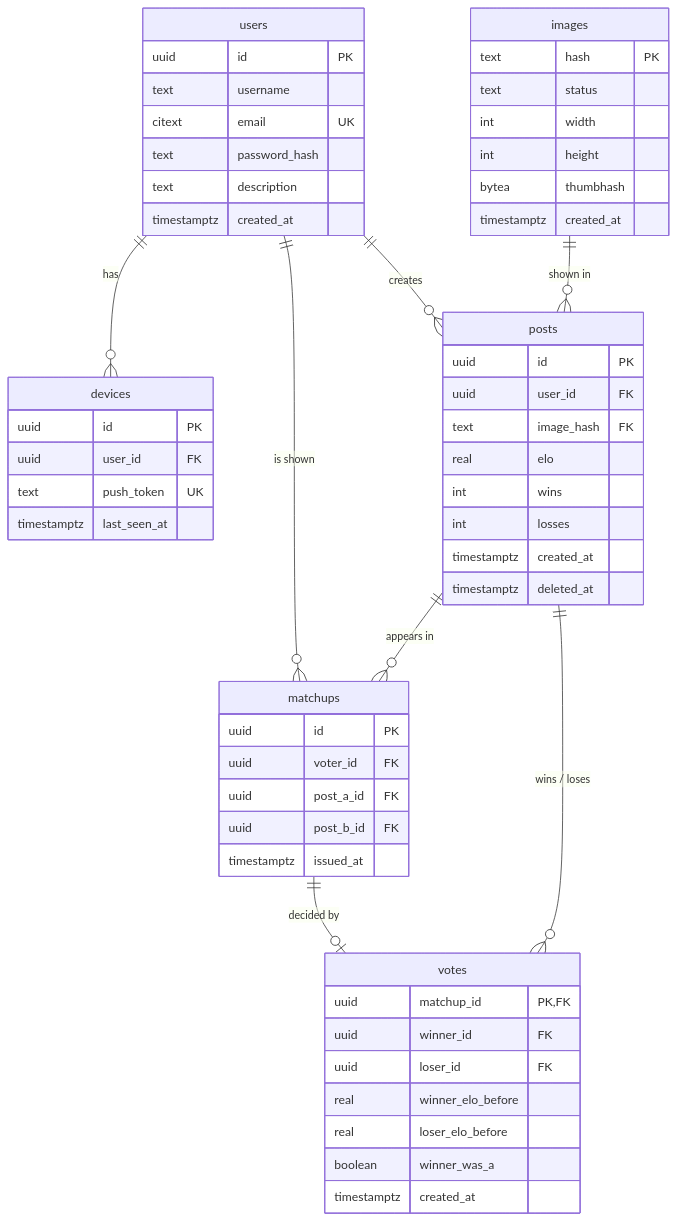
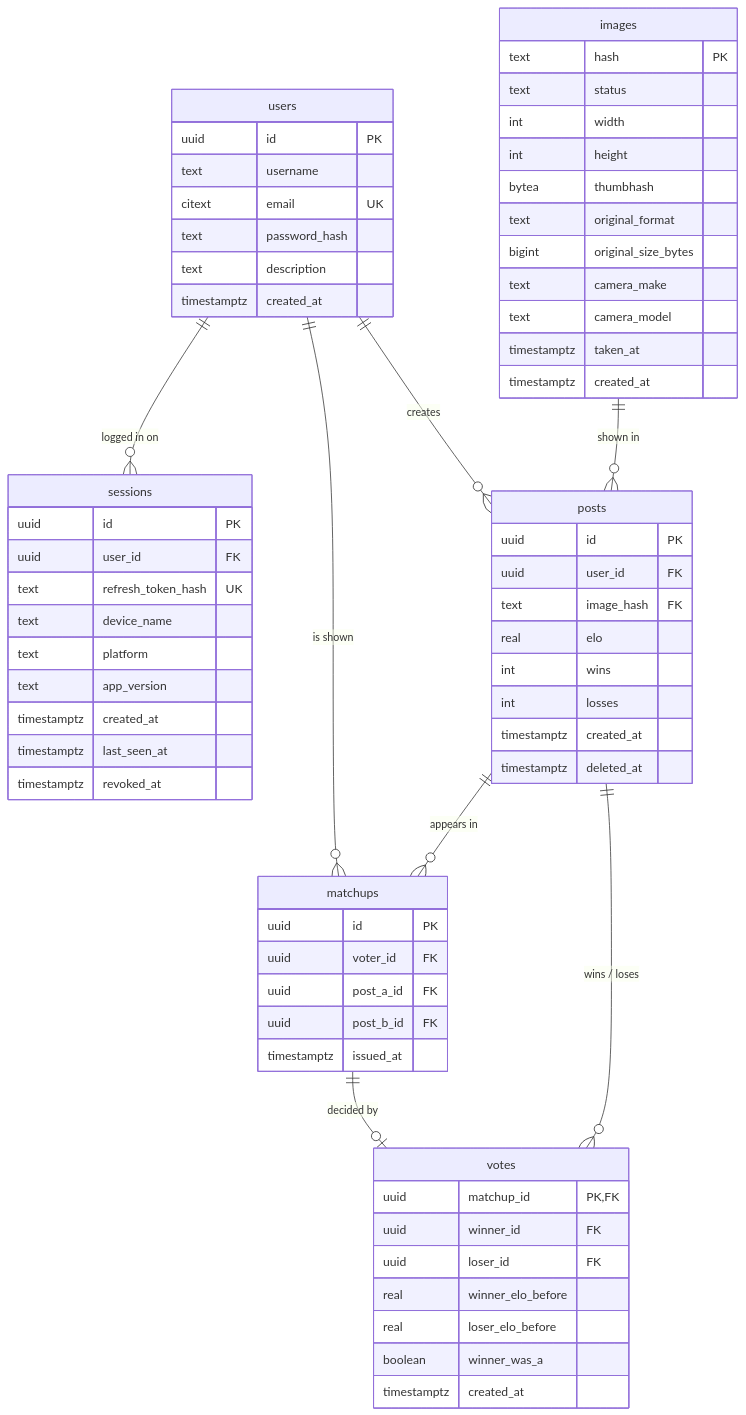
The diagram in DatabaseDiagram.md (Aarhus-tech-project/2026q4-h5-projektstyring-og-app-programmering-group-2), drawn with Mermaid before and after one commit. The commit also changed 1 other file, not shown here.

Commit message:
New Diagrams

````diff
--- a/DatabaseDiagram.md
+++ b/DatabaseDiagram.md
@@ -1,59 +1,69 @@
 ```mermaid
 erDiagram
     users {
         uuid id PK
         text username
         citext email UK
         text password_hash
         text description
         timestamptz created_at
     }
-    devices {
+    sessions {
         uuid id PK
         uuid user_id FK
-        text push_token UK
+        text refresh_token_hash UK
+        text device_name
+        text platform
+        text app_version
+        timestamptz created_at
         timestamptz last_seen_at
+        timestamptz revoked_at
     }
     images {
         text hash PK
         text status
         int width
         int height
         bytea thumbhash
+        text original_format
+        bigint original_size_bytes
+        text camera_make
+        text camera_model
+        timestamptz taken_at
         timestamptz created_at
     }
     posts {
         uuid id PK
         uuid user_id FK
         text image_hash FK
         real elo
         int wins
         int losses
         timestamptz created_at
         timestamptz deleted_at
     }
     matchups {
         uuid id PK
         uuid voter_id FK
         uuid post_a_id FK
         uuid post_b_id FK
         timestamptz issued_at
     }
     votes {
         uuid matchup_id PK, FK
         uuid winner_id FK
         uuid loser_id FK
         real winner_elo_before
         real loser_elo_before
         boolean winner_was_a
         timestamptz created_at
     }
 
-    users ||--o{ devices : has
+    users ||--o{ sessions : "logged in on"
     users ||--o{ posts : creates
     images ||--o{ posts : "shown in"
     users ||--o{ matchups : "is shown"
     posts ||--o{ matchups : "appears in"
     matchups ||--o| votes : "decided by"
     posts ||--o{ votes : "wins / loses"
 ```
````
